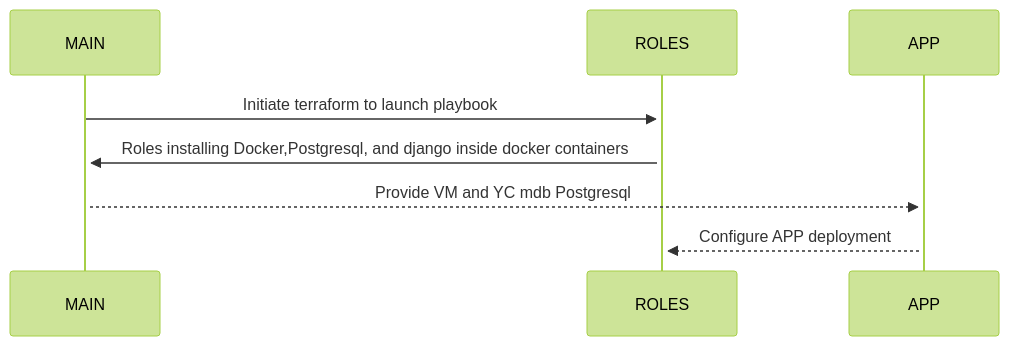
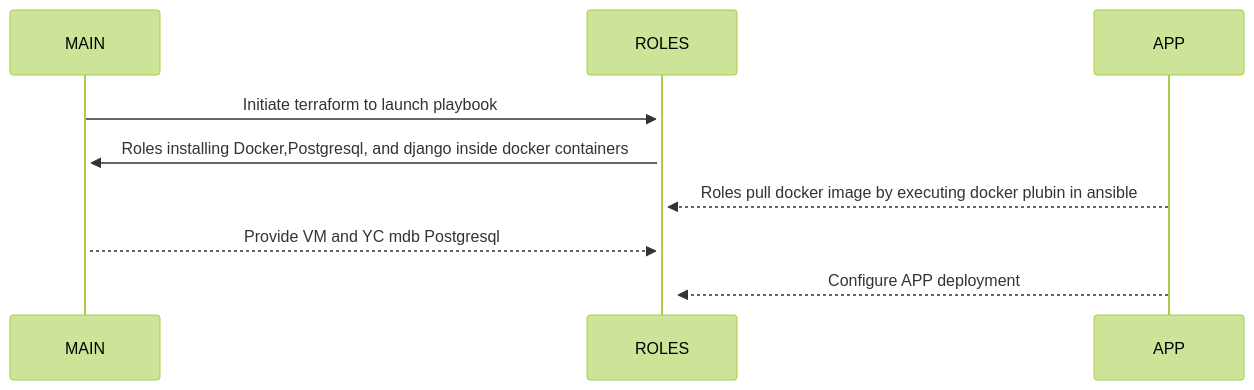
The diagram in README.md (Morshimus/SkillFactory-B7-Project-Work-Webapp-MAIN), drawn with Mermaid (forest theme) before and after one commit.

````diff
--- a/README.md
+++ b/README.md
@@ -25,7 +25,8 @@
 ```mermaid
 sequenceDiagram
     MAIN->>+ROLES: Initiate terraform to launch playbook
     ROLES->>+MAIN: Roles installing Docker,Postgresql, and django inside docker containers
-    MAIN-->>+APP: Provide VM and YC mdb Postgresql
+    APP-->>+ROLES: Roles pull docker image by executing docker plubin in ansible
+    MAIN-->>+ROLES: Provide VM and YC mdb Postgresql
     APP-->>+ROLES: Configure APP deployment 
 ```
````
